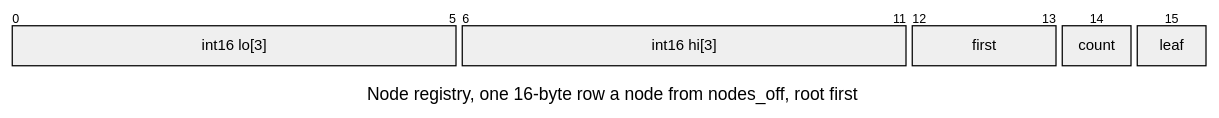
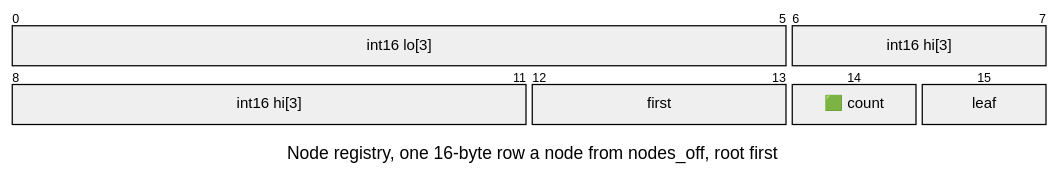
One commit to jose-villegas/autana changed the third of 7 diagrams in docs/assets/formats/LMSH.md. Above: the diagram before and after it, drawn with Mermaid. The commit also changed other lines of this file and 14 other files, not shown here.

````diff
--- a/docs/assets/formats/LMSH.md
+++ b/docs/assets/formats/LMSH.md
@@ -51,15 +51,15 @@
 ```mermaid
 ---
 config:
   packet:
-    bitsPerRow: 16
-    bitWidth: 60
+    bitsPerRow: 8
+    bitWidth: 104
 ---
 packet-beta
 title Node registry, one 16-byte row a node from nodes_off, root first
 0-5: "int16 lo[3]"
 6-11: "int16 hi[3]"
 12-13: "first"
-14: "count"
+14: "🟩 count"
 15: "leaf"
 ```
````
